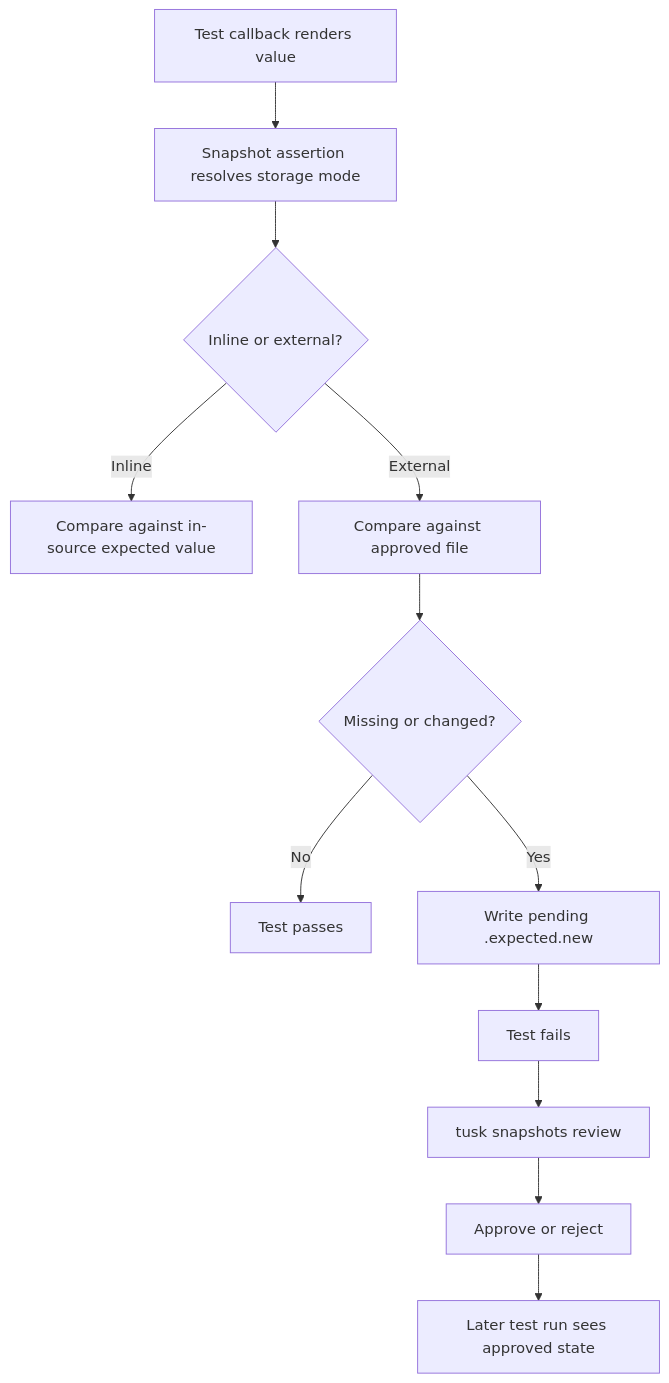
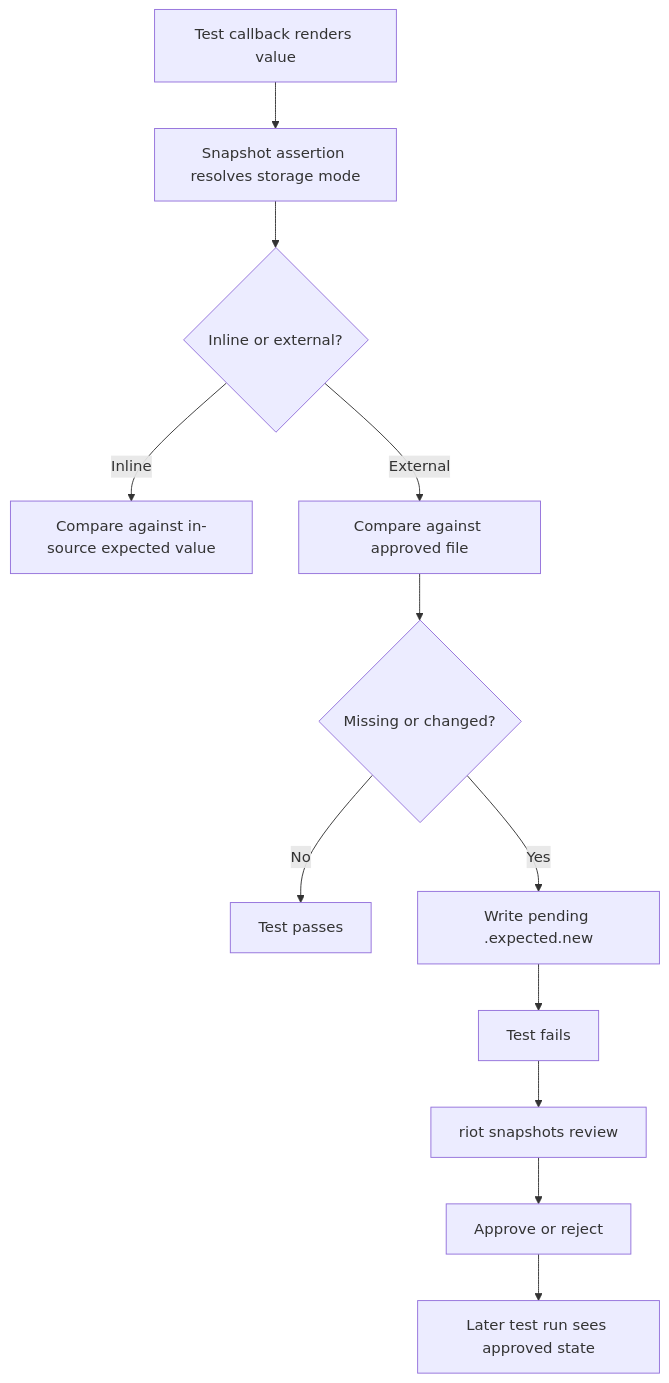
One commit to leostera/riot-lang changed the diagram in docs/rfds/RFD0025-snapshot-testing-for-riot.md. Above: the diagram before and after it, drawn with Mermaid. The commit also changed other lines of this file and 1272 other files, not shown here.

````diff
--- a/docs/rfds/RFD0025-snapshot-testing-for-riot.md
+++ b/docs/rfds/RFD0025-snapshot-testing-for-riot.md
@@ -237,14 +237,14 @@
 ```mermaid
 flowchart TD
   A[Test callback renders value] --> B[Snapshot assertion resolves storage mode]
   B --> C{Inline or external?}
   C -->|Inline| D[Compare against in-source expected value]
   C -->|External| E[Compare against approved file]
   E --> F{Missing or changed?}
   F -->|No| G[Test passes]
   F -->|Yes| H[Write pending .expected.new]
   H --> I[Test fails]
-  I --> J[tusk snapshots review]
+  I --> J[riot snapshots review]
   J --> K[Approve or reject]
   K --> L[Later test run sees approved state]
 ```
````
